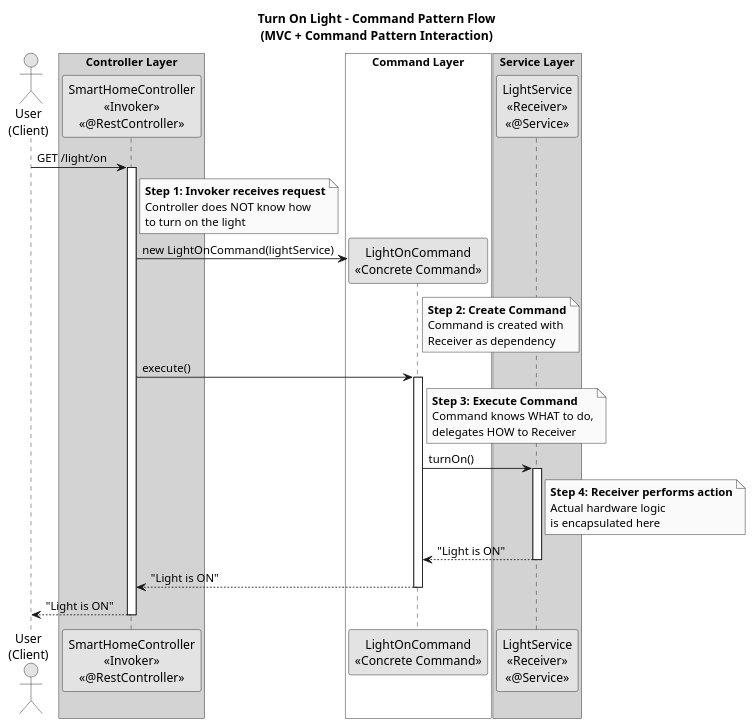
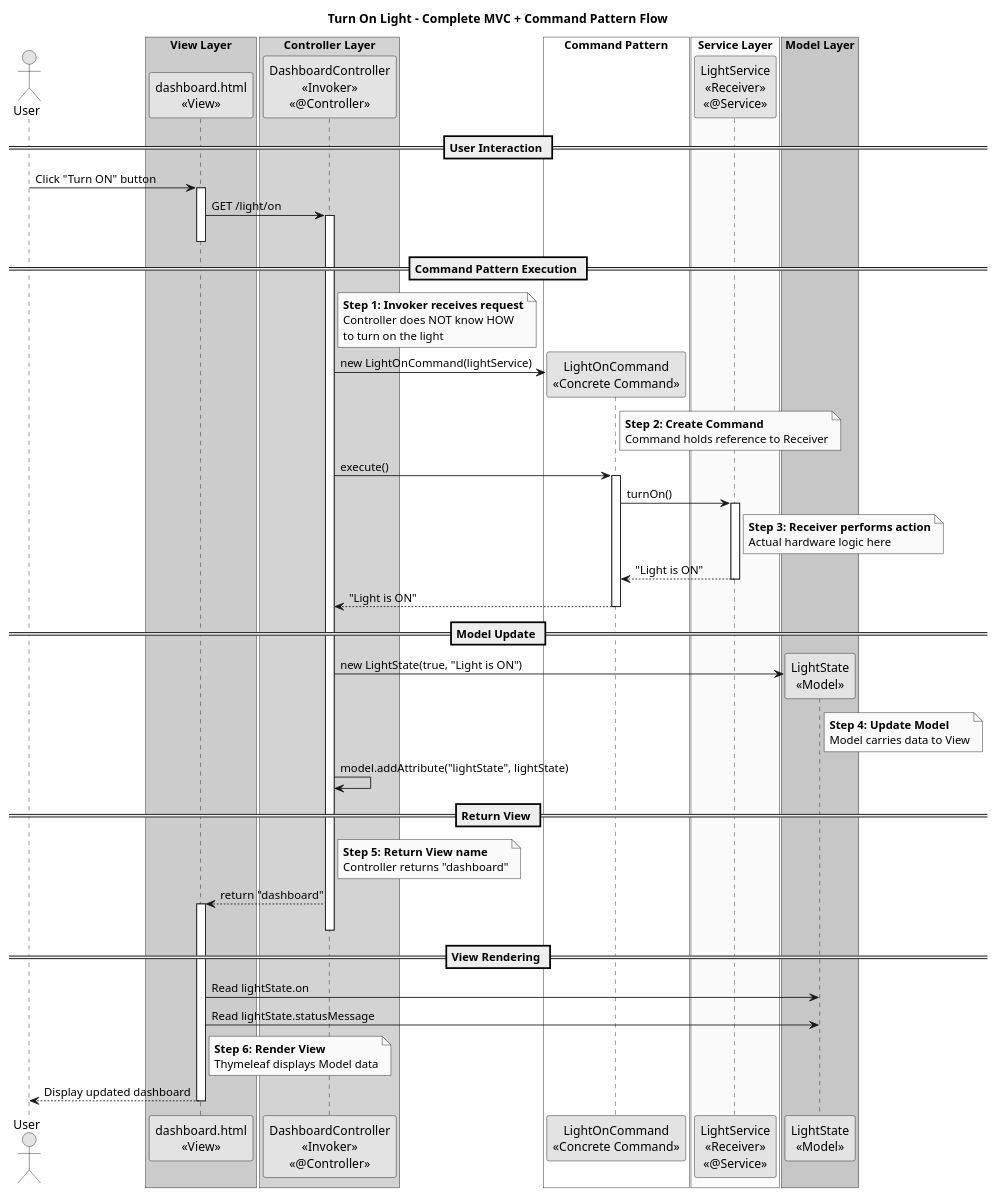
One commit to Mostafa-abozead/commandpattern-MVC- changed the second of 2 diagrams in docs/COMMAND_PATTERN.md. Above: the diagram before and after it, drawn with PlantUML. The commit also changed other lines of this file and 8 other files, not shown here.

Commit message:
Implement strict MVC architecture with View, Model, and Command Pattern

````diff
--- a/docs/COMMAND_PATTERN.md
+++ b/docs/COMMAND_PATTERN.md
@@ -113,31 +173,49 @@
 skinparam shadowing false
 skinparam monochrome true
 
-title Turn On Light - Command Pattern Flow\n(MVC + Command Pattern Interaction)
+title Turn On Light - Complete MVC + Command Pattern Flow
 
 ' ========================================
-' Participants with Stereotypes
+' Participants grouped by Layer
 ' ========================================
-actor "User\n(Client)" as user
+actor "User" as user
+
+box "View Layer" #LightBlue
+    participant "dashboard.html\n<<View>>" as view
+end box
+
 box "Controller Layer" #LightGray
-    participant "SmartHomeController\n<<Invoker>>\n<<@RestController>>" as controller
+    participant "DashboardController\n<<Invoker>>\n<<@Controller>>" as controller
 end box
-box "Command Layer" #White
+
+box "Command Pattern" #White
     participant "LightOnCommand\n<<Concrete Command>>" as command
 end box
-box "Service Layer" #LightGray
+
+box "Service Layer" #LightYellow
     participant "LightService\n<<Receiver>>\n<<@Service>>" as service
 end box
 
+box "Model Layer" #LightGreen
+    participant "LightState\n<<Model>>" as model
+end box
+
 ' ========================================
-' Sequence Flow
+' Sequence Flow - Complete MVC Cycle
 ' ========================================
-user -> controller : GET /light/on
+
+== User Interaction ==
+user -> view : Click "Turn ON" button
+activate view
+
+view -> controller : GET /light/on
 activate controller
+deactivate view
 
+== Command Pattern Execution ==
 note right of controller
   **Step 1: Invoker receives request**
-  Controller does NOT know how
+  Controller does NOT know HOW
   to turn on the light
 end note
 
@@ -145,26 +223,18 @@
 
 note right of command
   **Step 2: Create Command**
-  Command is created with
-  Receiver as dependency
+  Command holds reference to Receiver
 end note
 
 controller -> command : execute()
 activate command
 
-note right of command
-  **Step 3: Execute Command**
-  Command knows WHAT to do,
-  delegates HOW to Receiver
-end note
-
 command -> service : turnOn()
 activate service
 
 note right of service
-  **Step 4: Receiver performs action**
-  Actual hardware logic
-  is encapsulated here
+  **Step 3: Receiver performs action**
+  Actual hardware logic here
 end note
 
 service --> command : "Light is ON"
@@ -173,8 +243,37 @@
 command --> controller : "Light is ON"
 deactivate command
 
-controller --> user : "Light is ON"
+== Model Update ==
+controller -> model ** : new LightState(true, "Light is ON")
+
+note right of model
+  **Step 4: Update Model**
+  Model carries data to View
+end note
+
+controller -> controller : model.addAttribute("lightState", lightState)
+
+== Return View ==
+note right of controller
+  **Step 5: Return View name**
+  Controller returns "dashboard"
+end note
+
+controller --> view : return "dashboard"
+activate view
 deactivate controller
+
+== View Rendering ==
+view -> model : Read lightState.on
+view -> model : Read lightState.statusMessage
+
+note right of view
+  **Step 6: Render View**
+  Thymeleaf displays Model data
+end note
+
+view --> user : Display updated dashboard
+deactivate view
 
 @enduml
 ```
````
